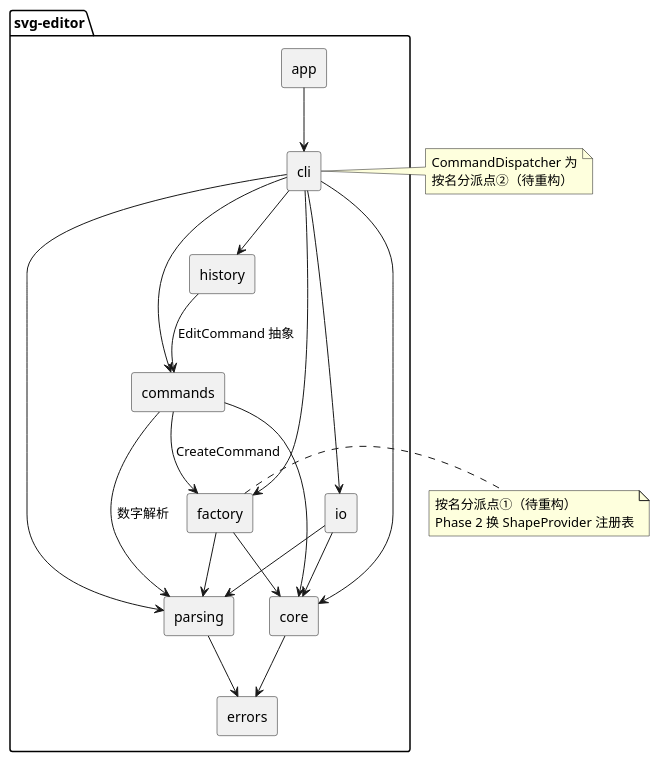
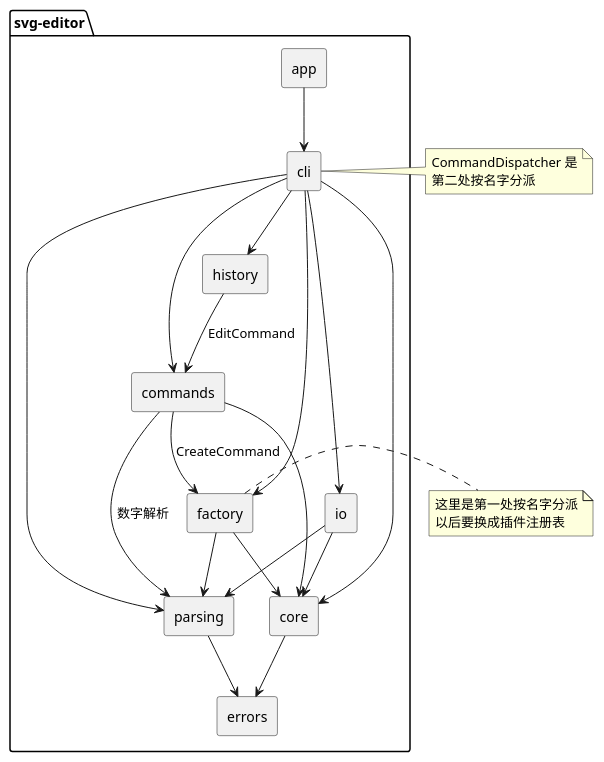
One commit to cyuanb/svg-editor changed the diagram in doc/README.md. Above: the diagram before and after it, drawn with PlantUML. The commit also changed other lines of this file, not shown here.

Commit message:
docs: rewrite architecture doc in first person

````diff
--- a/doc/README.md
+++ b/doc/README.md
@@ -21,45 +27,45 @@
 ```plantuml
 @startuml
 skinparam componentStyle rectangle
 
 package "svg-editor" {
   [app] as App
   [cli] as Cli
   [history] as History
   [commands] as Commands
   [factory] as Factory
   [io] as IO
   [parsing] as Parsing
   [core] as Core
   [errors] as Errors
 
   App --> Cli
   Cli --> Commands
   Cli --> History
   Cli --> Factory
   Cli --> IO
   Cli --> Parsing
   Cli --> Core
-  History --> Commands : EditCommand 抽象
+  History --> Commands : EditCommand
   Commands --> Core
   Commands --> Factory : CreateCommand
   Commands --> Parsing : 数字解析
   Factory --> Core
   Factory --> Parsing
   IO --> Core
   IO --> Parsing
   Parsing --> Errors
   Core --> Errors
 }
 
 note right of Factory
-  按名分派点①（待重构）
-  Phase 2 换 ShapeProvider 注册表
+  这里是第一处按名字分派
+  以后要换成插件注册表
 end note
 
 note right of Cli
-  CommandDispatcher 为
-  按名分派点②（待重构）
+  CommandDispatcher 是
+  第二处按名字分派
 end note
 @enduml
 ```
````
